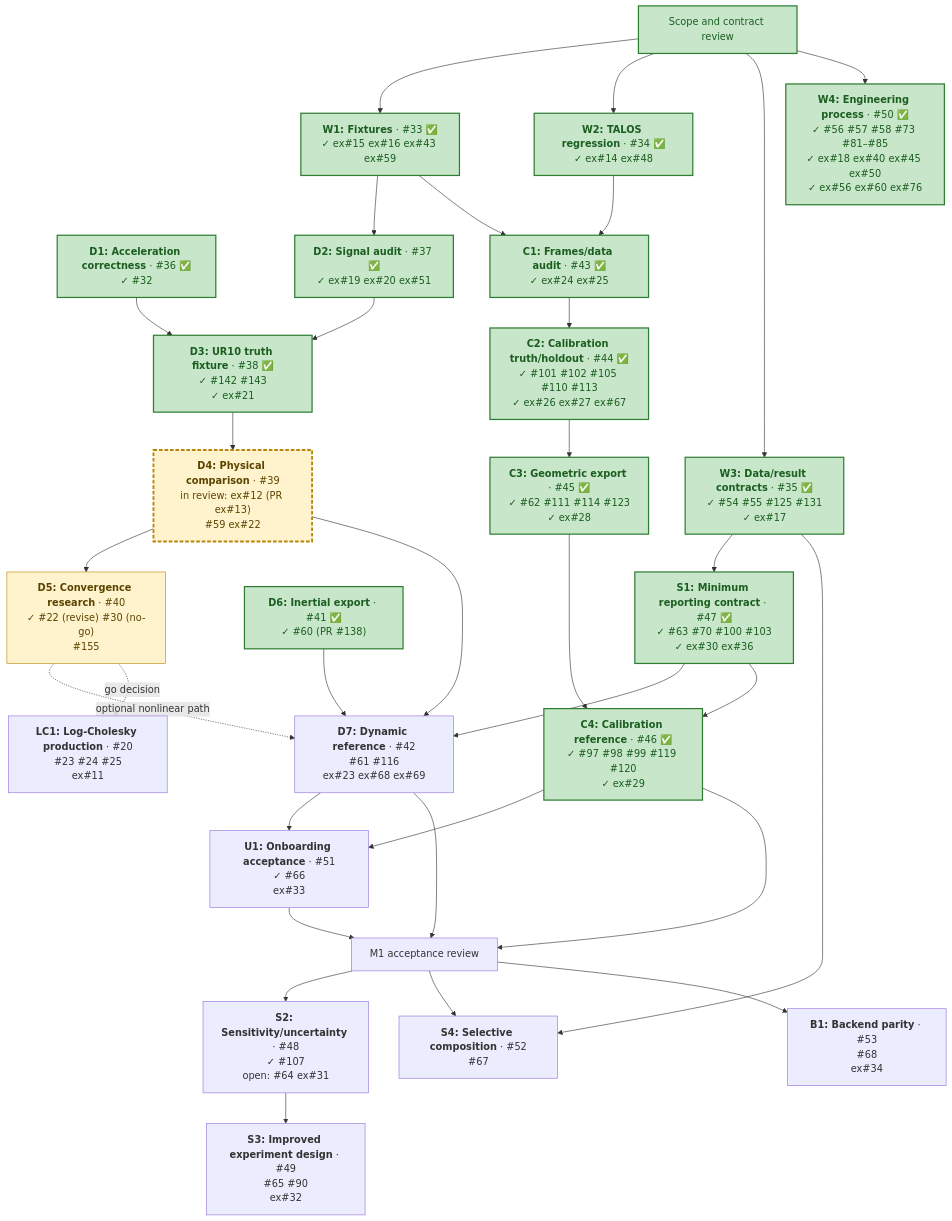
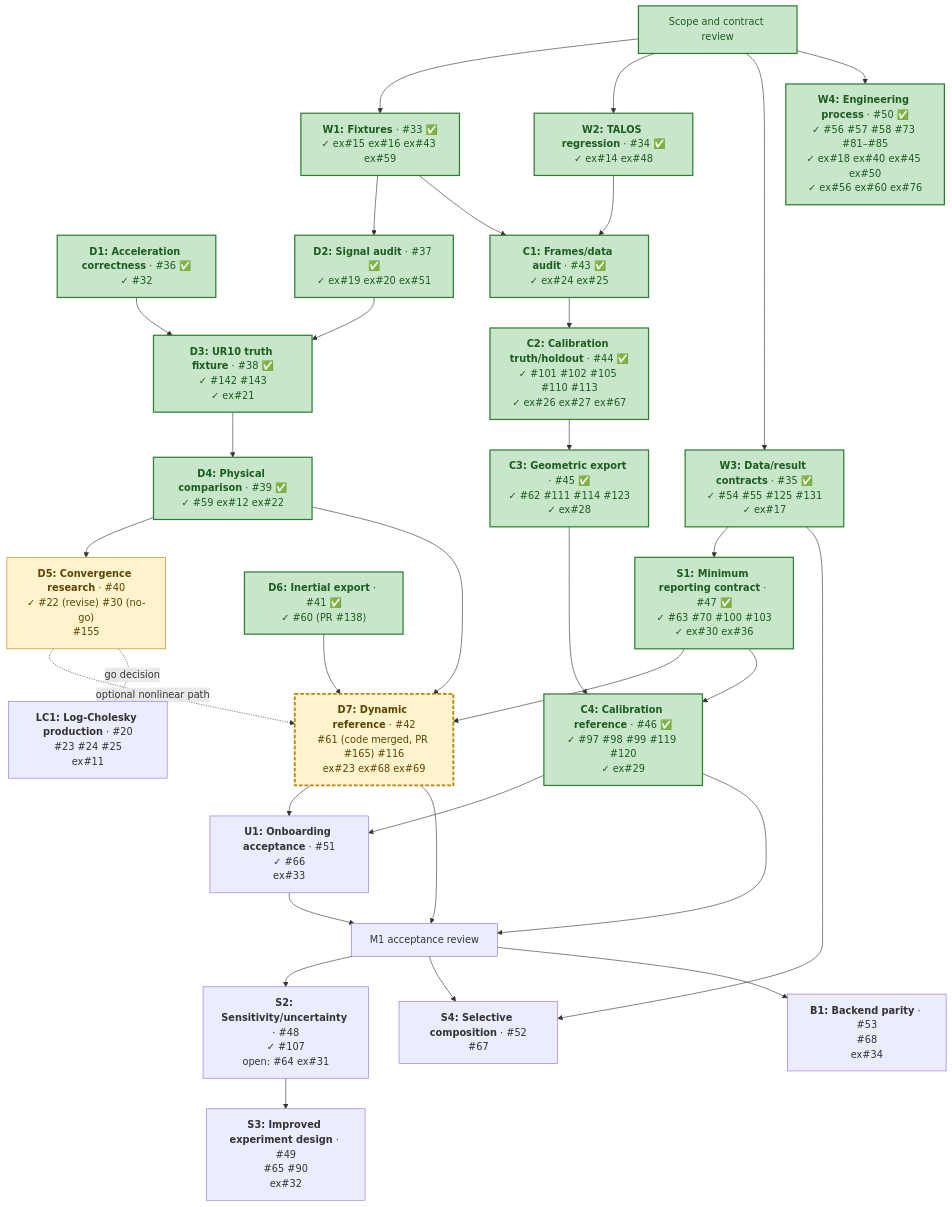
The diagram in docs/plans/identification-calibration-delivery.md (thanhndv212/figaroh-plus), drawn with Mermaid before and after one commit. The commit also changed other lines of this file and 1 other file, not shown here.

````diff
--- a/docs/plans/identification-calibration-delivery.md
+++ b/docs/plans/identification-calibration-delivery.md
@@ -77,66 +77,66 @@
 ```mermaid
 flowchart TD
     R["Scope and contract review"]
     W1["<b>W1: Fixtures</b> · #33 ✅<br/>✓ ex#15 ex#16 ex#43 ex#59"]
     W2["<b>W2: TALOS regression</b> · #34 ✅<br/>✓ ex#14 ex#48"]
     W3["<b>W3: Data/result contracts</b> · #35 ✅<br/>✓ #54 #55 #125 #131<br/>✓ ex#17"]
     W4["<b>W4: Engineering process</b> · #50 ✅<br/>✓ #56 #57 #58 #73 #81–#85<br/>✓ ex#18 ex#40 ex#45 ex#50<br/>✓ ex#56 ex#60 ex#76"]
     D1["<b>D1: Acceleration correctness</b> · #36 ✅<br/>✓ #32"]
     D2["<b>D2: Signal audit</b> · #37 ✅<br/>✓ ex#19 ex#20 ex#51"]
     D3["<b>D3: UR10 truth fixture</b> · #38 ✅<br/>✓ #142 #143<br/>✓ ex#21"]
-    D4["<b>D4: Physical comparison</b> · #39<br/>in review: ex#12 (PR ex#13)<br/>#59 ex#22"]
+    D4["<b>D4: Physical comparison</b> · #39 ✅<br/>✓ #59 ex#12 ex#22"]
     D5["<b>D5: Convergence research</b> · #40<br/>✓ #22 (revise) #30 (no-go)<br/>#155"]
     D6["<b>D6: Inertial export</b> · #41 ✅<br/>✓ #60 (PR #138)"]
-    D7["<b>D7: Dynamic reference</b> · #42<br/>#61 #116<br/>ex#23 ex#68 ex#69"]
+    D7["<b>D7: Dynamic reference</b> · #42<br/>#61 (code merged, PR #165) #116<br/>ex#23 ex#68 ex#69"]
     C1["<b>C1: Frames/data audit</b> · #43 ✅<br/>✓ ex#24 ex#25"]
     C2["<b>C2: Calibration truth/holdout</b> · #44 ✅<br/>✓ #101 #102 #105 #110 #113<br/>✓ ex#26 ex#27 ex#67"]
     C3["<b>C3: Geometric export</b> · #45 ✅<br/>✓ #62 #111 #114 #123<br/>✓ ex#28"]
     C4["<b>C4: Calibration reference</b> · #46 ✅<br/>✓ #97 #98 #99 #119 #120<br/>✓ ex#29"]
     S1["<b>S1: Minimum reporting contract</b> · #47 ✅<br/>✓ #63 #70 #100 #103<br/>✓ ex#30 ex#36"]
     U1["<b>U1: Onboarding acceptance</b> · #51<br/>✓ #66<br/>ex#33"]
     A["M1 acceptance review"]
     S2["<b>S2: Sensitivity/uncertainty</b> · #48<br/>✓ #107<br/>open: #64 ex#31"]
     S3["<b>S3: Improved experiment design</b> · #49<br/>#65 #90<br/>ex#32"]
     S4["<b>S4: Selective composition</b> · #52<br/>#67"]
     B1["<b>B1: Backend parity</b> · #53<br/>#68<br/>ex#34"]
     LC1["<b>LC1: Log-Cholesky production</b> · #20<br/>#23 #24 #25<br/>ex#11"]
 
     R --> W1
     R --> W2
     R --> W3
     R --> W4
     W1 --> D2
     D1 --> D3
     D2 --> D3
     D3 --> D4
     D4 --> D5
     D6 --> D7
     D4 --> D7
     D5 -. optional nonlinear path .-> D7
     D5 -. go decision .-> LC1
     W1 --> C1
     W2 --> C1
     C1 --> C2
     C2 --> C3
     C3 --> C4
     W3 --> S1
     S1 --> D7
     S1 --> C4
     D7 --> U1
     C4 --> U1
     D7 --> A
     C4 --> A
     U1 --> A
     A --> S2
     S2 --> S3
     A --> S4
     W3 --> S4
     A --> B1
 
     classDef cleared fill:#c8e6c9,stroke:#2e7d32,stroke-width:2px,color:#1b5e20
     classDef ready fill:#fff3cd,stroke:#b8860b,color:#5c4400
-    class R,W1,W2,W3,W4,D1,D2,C1,C2,C3,S1,D6,C4,D3 cleared
-    class D4,D5 ready
-    class D4 active
+    class R,W1,W2,W3,W4,D1,D2,C1,C2,C3,S1,D6,C4,D3,D4 cleared
+    class D5 ready
+    class D7 active
     classDef active fill:#fff3cd,stroke:#b8860b,stroke-width:3px,stroke-dasharray:6 3,color:#5c4400
 ```
````
